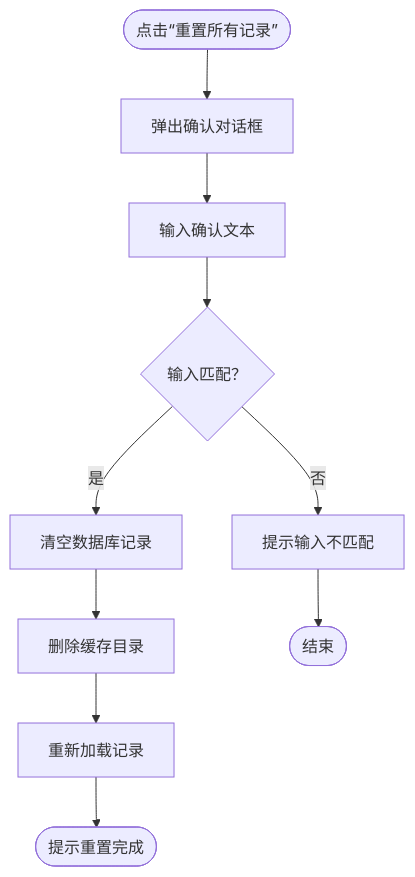
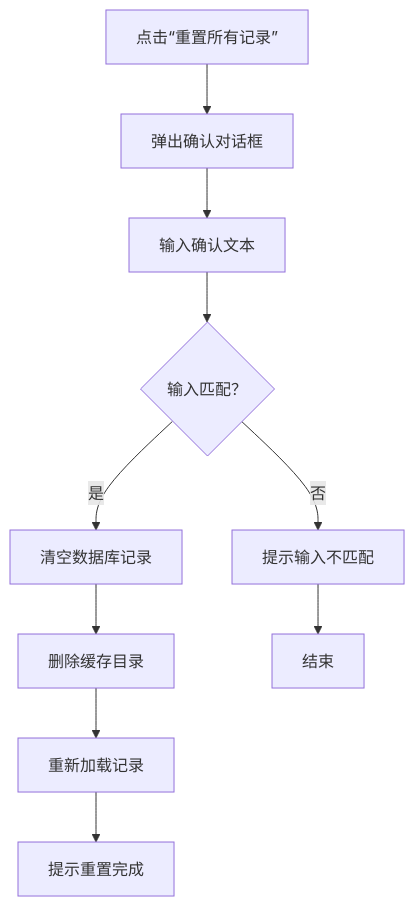
Before and after one commit to wzuu/CopyHistory: the seventh of 8 diagrams in .qoder/repowiki/zh/content/API参考/ClipboardGUI类/设置标签页界面/设置标签页界面.md, drawn with Mermaid. The commit also changed other lines of this file and 7 other files, not shown here.

````diff
--- a/.qoder/repowiki/zh/content/API参考/ClipboardGUI类/设置标签页界面/设置标签页界面.md
+++ b/.qoder/repowiki/zh/content/API参考/ClipboardGUI类/设置标签页界面/设置标签页界面.md
@@ -236,12 +234,12 @@
 ```mermaid
 flowchart TD
-Start(["点击“重置所有记录”"]) --> Confirm["弹出确认对话框"]
+Start["点击“重置所有记录”"] --> Confirm["弹出确认对话框"]
 Confirm --> Input["输入确认文本"]
 Input --> Match{"输入匹配？"}
 Match --> |是| ClearDB["清空数据库记录"]
 ClearDB --> RemoveCache["删除缓存目录"]
 RemoveCache --> Reload["重新加载记录"]
-Reload --> Done(["提示重置完成"])
+Reload --> Done["提示重置完成"]
 Match --> |否| Warn["提示输入不匹配"]
-Warn --> End(["结束"])
+Warn --> End["结束"]
 ```
````
